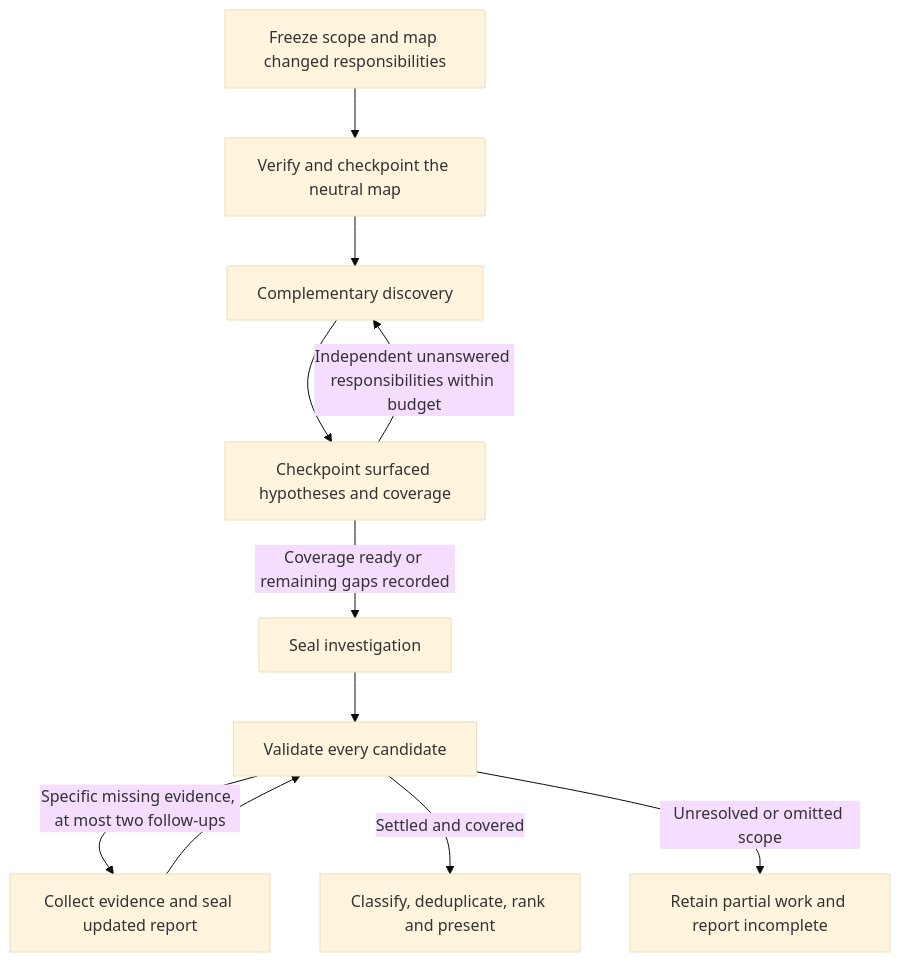
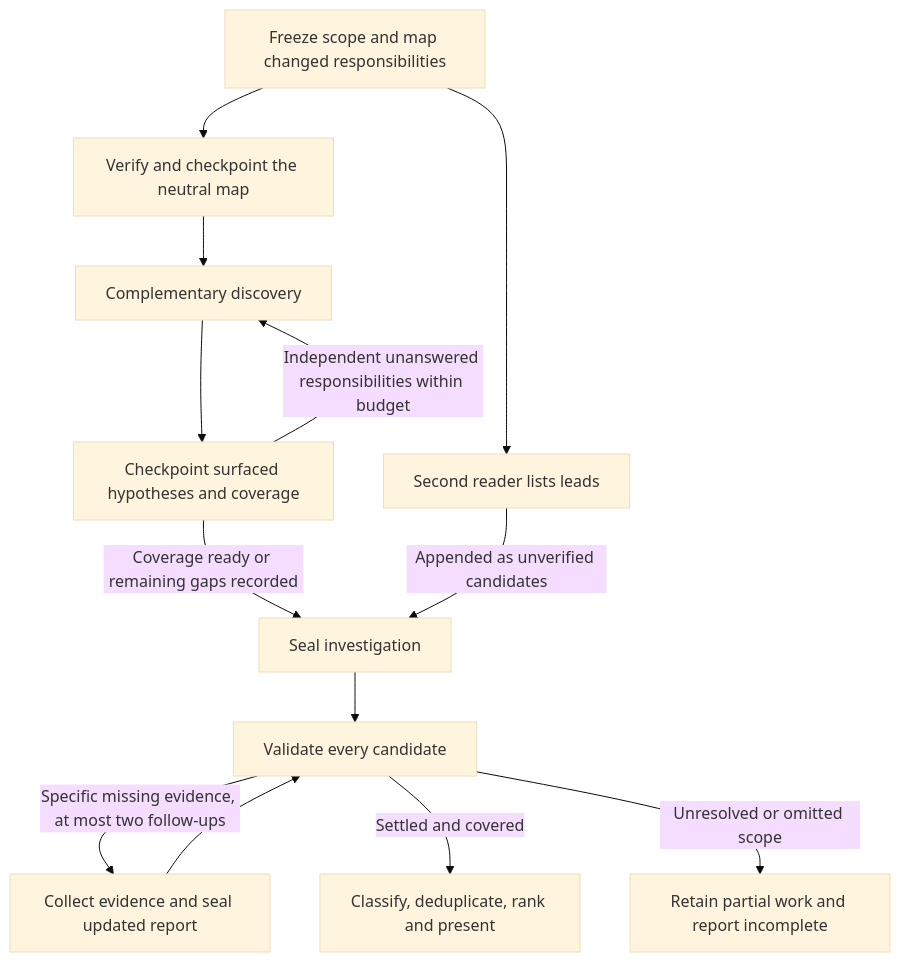
Before and after one commit to bytequay/bytequay: the diagram in backend/app/src/main/java/com/bytequay/app/review/README.md, drawn with Mermaid (base theme). The commit also changed other lines of this file and 15 other files, not shown here.

First line of the commit message:
Add a second reader to agent reviews

````diff
--- a/backend/app/src/main/java/com/bytequay/app/review/README.md
+++ b/backend/app/src/main/java/com/bytequay/app/review/README.md
@@ -47,13 +47,15 @@
 ```mermaid
 flowchart TD
     A[Freeze scope and map changed responsibilities] --> M[Verify and checkpoint the neutral map]
     M --> B[Complementary discovery]
     B --> C[Checkpoint surfaced hypotheses and coverage]
     C -->|Independent unanswered responsibilities within budget| B
     C -->|Coverage ready or remaining gaps recorded| D[Seal investigation]
+    A --> S[Second reader lists leads]
+    S -->|Appended as unverified candidates| D
     D --> E[Validate every candidate]
     E -->|Specific missing evidence, at most two follow-ups| F[Collect evidence and seal updated report]
     F --> E
     E -->|Settled and covered| G[Classify, deduplicate, rank and present]
     E -->|Unresolved or omitted scope| H[Retain partial work and report incomplete]
 ```
````
